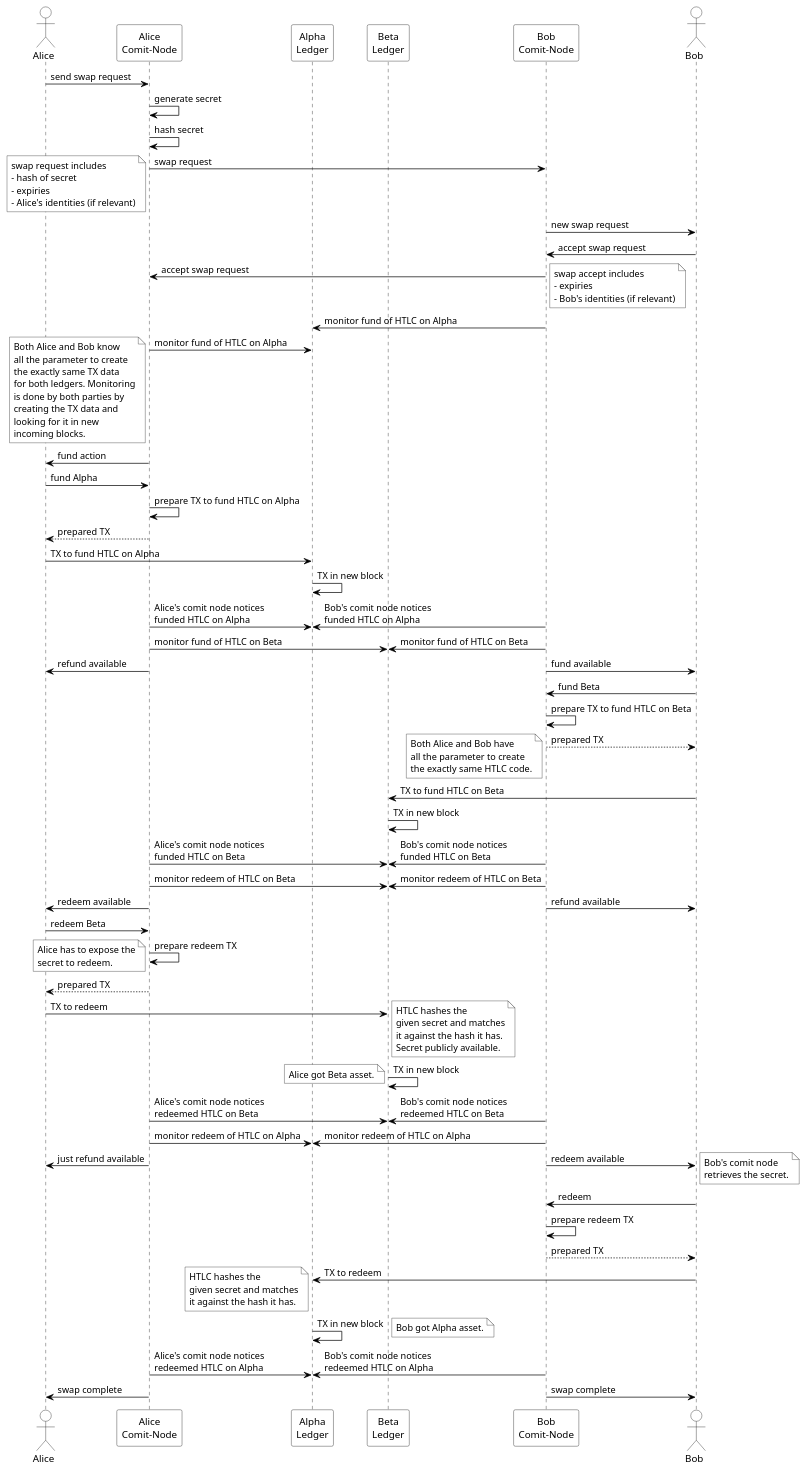
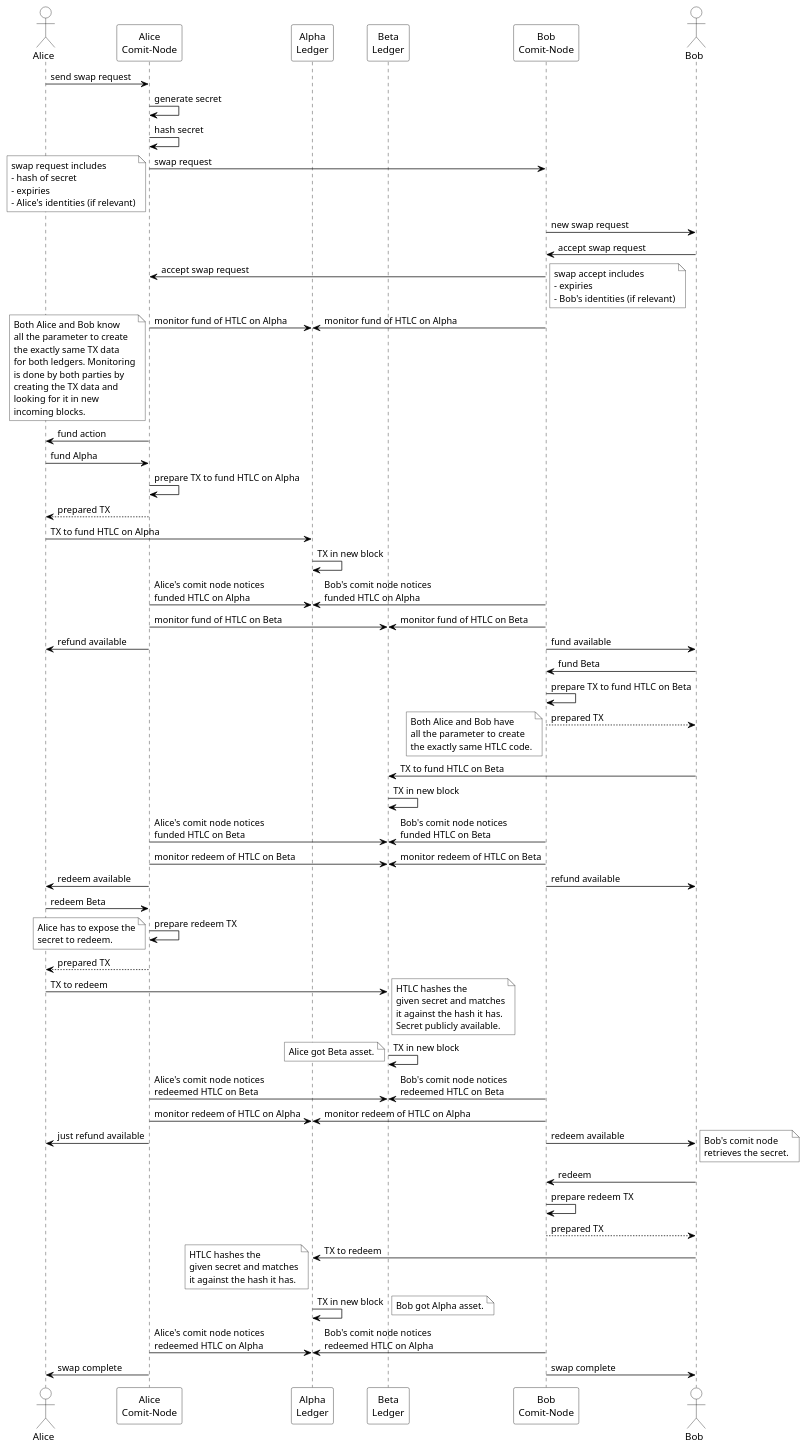
The diagram in assets/RFC003-AlphaBeta-AtomicSwap.puml (comit-network/RFCs), drawn with PlantUML before and after one commit.

Commit message:
fix parallelism for for monitoring

```diff
--- a/assets/RFC003-AlphaBeta-AtomicSwap.puml
+++ b/assets/RFC003-AlphaBeta-AtomicSwap.puml
@@ -4,139 +4,139 @@
 @startuml
 ' #################################################
 ' SETTINGS: color settings of diagram
 ' #################################################
 skinparam sequence {
 	BorderColor black
 	ArrowColor black
 	ActorBorderColor black
 	LifeLineBorderColor black
 	LifeLineBackgroundColor white
 	
 	ParticipantBorderColor black
 	ParticipantBackgroundColor white
 	ParticipantFontColor black
 	
 	ActorBackgroundColor white
 	ActorFontColor black
 }
 ' #################################################
 ' ACTORS
 ' #################################################
 actor Alice
 participant "Alice\nComit-Node" as AC
 participant "Alpha\nLedger" as Alpha
 participant "Beta\nLedger" as Beta
 participant "Bob\nComit-Node" as BC
 actor Bob
 
 ' allow parallelism
 !pragma teoz true
 
 ' #################################################
 ' DIAGRAM
 ' #################################################
 Alice->AC: send swap request
 AC->AC: generate secret
 AC->AC: hash secret
 AC->BC: swap request 
 note left #white
 	swap request includes 
 	- hash of secret 
 	- expiries
 	- Alice's identities (if relevant)
 end note
 BC->Bob: new swap request
 Bob->BC: accept swap request
 BC->AC: accept swap request
 note right #white
 	swap accept includes 
 	- expiries
 	- Bob's identities (if relevant)
 end note
 BC->Alpha: monitor fund of HTLC on Alpha
-AC->Alpha: monitor fund of HTLC on Alpha
+& AC->Alpha: monitor fund of HTLC on Alpha
 note left #white
 	Both Alice and Bob know
 	all the parameter to create
 	the exactly same TX data
 	for both ledgers. Monitoring
 	is done by both parties by
 	creating the TX data and
 	looking for it in new
 	incoming blocks.
 end note
 AC->Alice: fund action
 Alice->AC: fund Alpha
 AC->AC: prepare TX to fund HTLC on Alpha
 AC-->Alice: prepared TX
 Alice->Alpha: TX to fund HTLC on Alpha
 Alpha->Alpha: TX in new block
 AC->Alpha: Alice's comit node notices\nfunded HTLC on Alpha
 & BC->Alpha: Bob's comit node notices\nfunded HTLC on Alpha
 BC->Beta: monitor fund of HTLC on Beta
 & AC->Beta: monitor fund of HTLC on Beta
 AC->Alice: refund available
 & BC->Bob: fund available
 Bob->BC: fund Beta
 BC->BC: prepare TX to fund HTLC on Beta
 BC-->Bob: prepared TX
 note left #white
 	Both Alice and Bob have
 	all the parameter to create
 	the exactly same HTLC code.
 end note
 Bob->Beta: TX to fund HTLC on Beta
 Beta->Beta: TX in new block
 BC->Beta: Bob's comit node notices\nfunded HTLC on Beta
 & AC->Beta: Alice's comit node notices\nfunded HTLC on Beta
 BC->Beta: monitor redeem of HTLC on Beta
 & AC->Beta: monitor redeem of HTLC on Beta
 BC->Bob: refund available
 & AC->Alice: redeem available
 Alice->AC: redeem Beta
 AC->AC: prepare redeem TX
 note left #white
 	Alice has to expose the
 	secret to redeem.
 end note
 AC-->Alice: prepared TX
 Alice->Beta: TX to redeem
 note right #white
 	HTLC hashes the
 	given secret and matches
 	it against the hash it has.
 	Secret publicly available.
 end note
 Beta->Beta: TX in new block
 note left #white
 	Alice got Beta asset.
 end note
 AC->Beta: Alice's comit node notices\nredeemed HTLC on Beta
 & BC->Beta: Bob's comit node notices\nredeemed HTLC on Beta
 BC->Alpha: monitor redeem of HTLC on Alpha
 & AC->Alpha: monitor redeem of HTLC on Alpha
 AC->Alice: just refund available
 & BC->Bob: redeem available
 note right #white
 	Bob's comit node
 	retrieves the secret.
 end note
 Bob->BC: redeem
 BC->BC: prepare redeem TX
 BC-->Bob: prepared TX
 Bob->Alpha: TX to redeem
 note left #white
 	HTLC hashes the
 	given secret and matches
 	it against the hash it has.
 end note
 Alpha->Alpha: TX in new block
 note right #white
 	Bob got Alpha asset.
 end note
 AC->Alpha: Alice's comit node notices\nredeemed HTLC on Alpha
 & BC->Alpha: Bob's comit node notices\nredeemed HTLC on Alpha
 AC->Alice: swap complete
 & BC->Bob: swap complete
 
 @enduml
```
